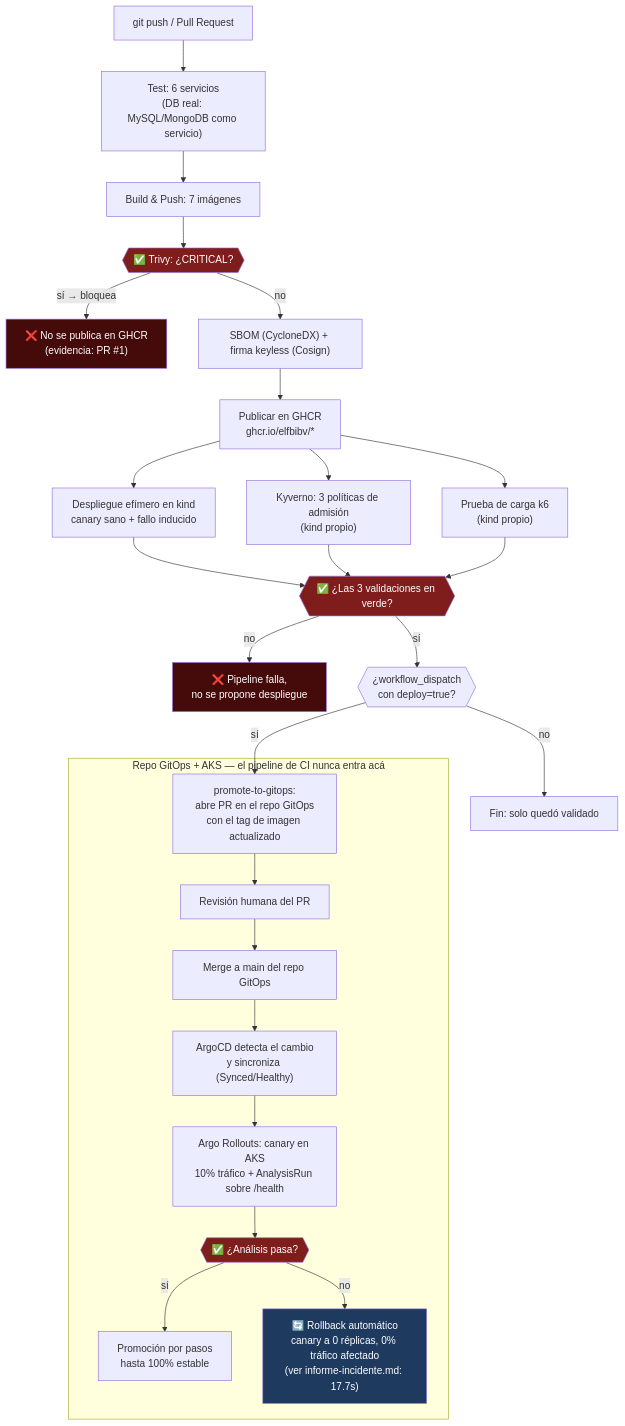
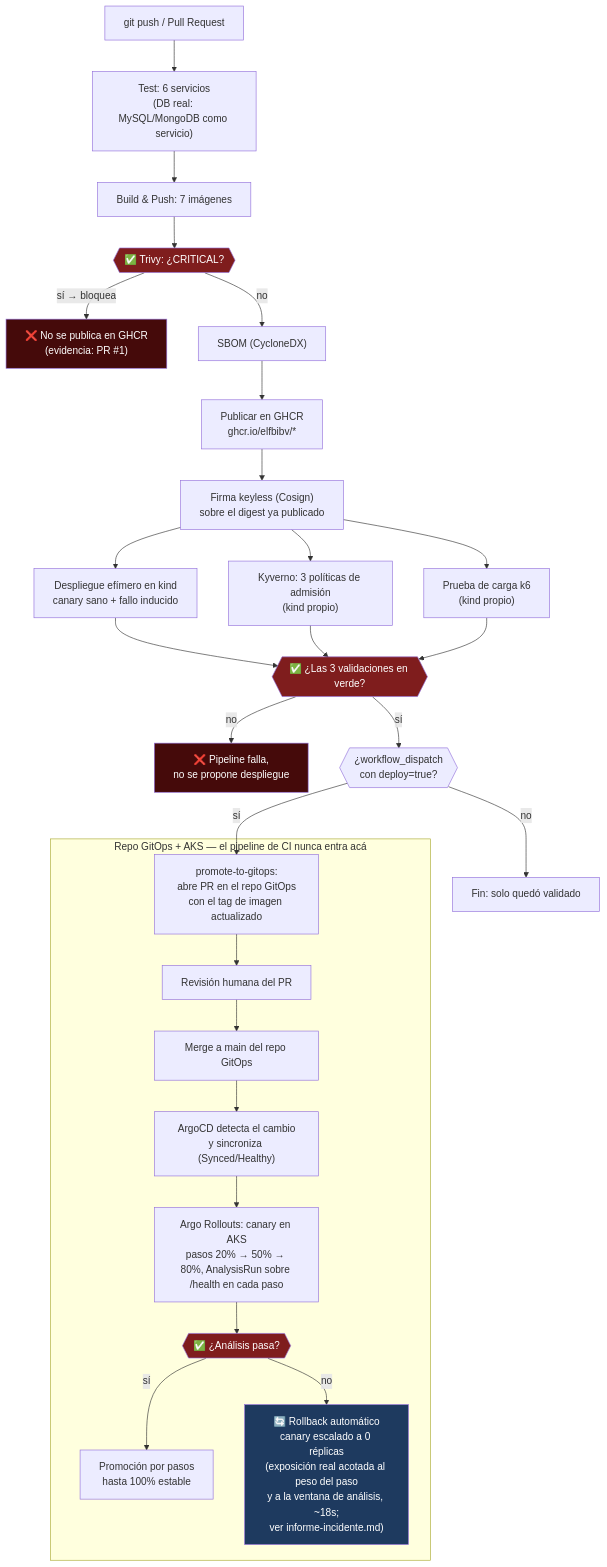
The diagram in P8/diagrama-flujo.md (ELFBIBv/Practicas-SA-B-202203856), drawn with Mermaid before and after one commit. The commit also changed other lines of this file and 19 other files, not shown here.

First line of the commit message:
fix(security): corregir 7 hallazgos de una revisión externa (gate del pipeline, secretos, canary, Kyverno, Auth/Orders)

````diff
--- a/P8/diagrama-flujo.md
+++ b/P8/diagrama-flujo.md
@@ -5,38 +5,39 @@
 ```mermaid
 flowchart TD
     A["git push / Pull Request"] --> B["Test: 6 servicios<br/>(DB real: MySQL/MongoDB como servicio)"]
     B --> C["Build & Push: 7 imágenes"]
     C --> V1{{"✅ Trivy: ¿CRITICAL?"}}
     V1 -- "sí → bloquea" --> X1["❌ No se publica en GHCR<br/>(evidencia: PR #1)"]
-    V1 -- "no" --> C2["SBOM (CycloneDX) + firma keyless (Cosign)"]
+    V1 -- "no" --> C2["SBOM (CycloneDX)"]
     C2 --> D["Publicar en GHCR<br/>ghcr.io/elfbibv/*"]
+    D --> D2["Firma keyless (Cosign)<br/>sobre el digest ya publicado"]
 
-    D --> E1["Despliegue efímero en kind<br/>canary sano + fallo inducido"]
-    D --> E2["Kyverno: 3 políticas de admisión<br/>(kind propio)"]
-    D --> E3["Prueba de carga k6<br/>(kind propio)"]
+    D2 --> E1["Despliegue efímero en kind<br/>canary sano + fallo inducido"]
+    D2 --> E2["Kyverno: 3 políticas de admisión<br/>(kind propio)"]
+    D2 --> E3["Prueba de carga k6<br/>(kind propio)"]
 
     E1 --> V2{{"✅ ¿Las 3 validaciones en verde?"}}
     E2 --> V2
     E3 --> V2
     V2 -- "no" --> X2["❌ Pipeline falla,<br/>no se propone despliegue"]
     V2 -- "sí" --> F{{"¿workflow_dispatch<br/>con deploy=true?"}}
     F -- "no" --> FX["Fin: solo quedó validado"]
     F -- "sí" --> G["promote-to-gitops:<br/>abre PR en el repo GitOps<br/>con el tag de imagen actualizado"]
 
     subgraph CD["Repo GitOps + AKS — el pipeline de CI nunca entra acá"]
         G --> H["Revisión humana del PR"]
         H --> I["Merge a main del repo GitOps"]
         I --> J["ArgoCD detecta el cambio<br/>y sincroniza (Synced/Healthy)"]
-        J --> K["Argo Rollouts: canary en AKS<br/>10% tráfico + AnalysisRun sobre /health"]
+        J --> K["Argo Rollouts: canary en AKS<br/>pasos 20% → 50% → 80%, AnalysisRun sobre /health en cada paso"]
         K --> V3{{"✅ ¿Análisis pasa?"}}
         V3 -- "sí" --> M["Promoción por pasos<br/>hasta 100% estable"]
-        V3 -- "no" --> N["🔄 Rollback automático<br/>canary a 0 réplicas, 0% tráfico afectado<br/>(ver informe-incidente.md: 17.7s)"]
+        V3 -- "no" --> N["🔄 Rollback automático<br/>canary escalado a 0 réplicas<br/>(exposición real acotada al peso del paso<br/>y a la ventana de análisis, ~18s;<br/>ver informe-incidente.md)"]
     end
 
     style V1 fill:#7f1d1d,color:#fff
     style V2 fill:#7f1d1d,color:#fff
     style V3 fill:#7f1d1d,color:#fff
     style X1 fill:#450a0a,color:#fff
     style X2 fill:#450a0a,color:#fff
     style N fill:#1e3a5f,color:#fff
 ```
````
